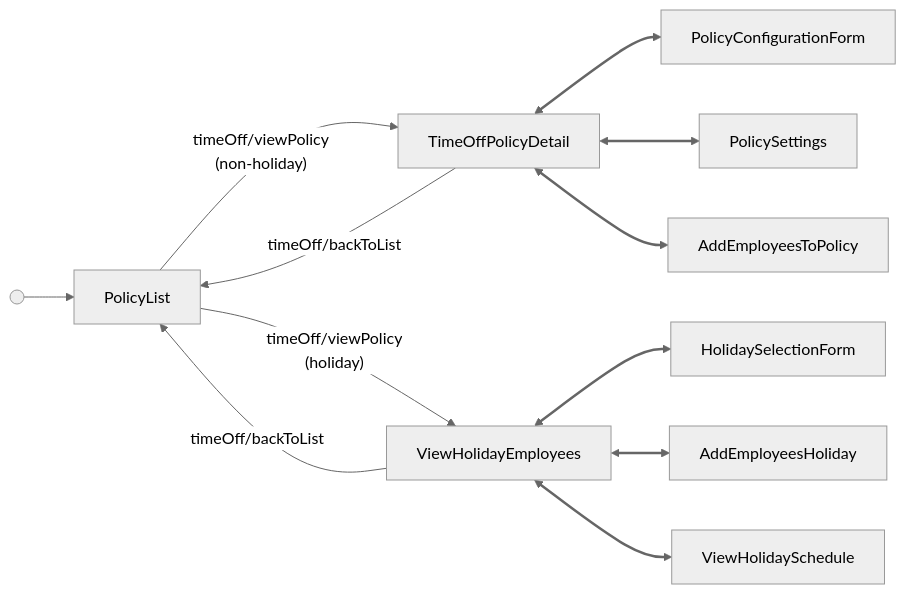
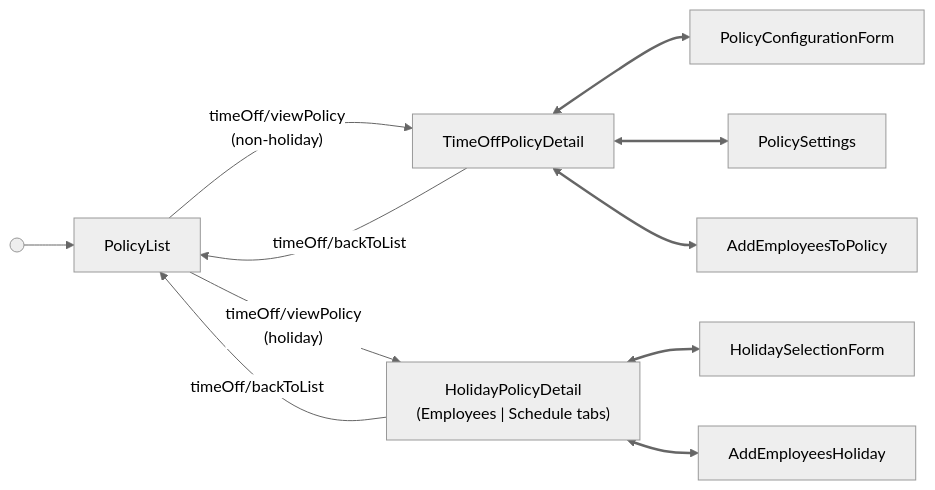
One commit to Gusto/embedded-react-sdk changed the second of 2 diagrams in docs/reference/time-off/time-off-flow.md. Above: the diagram before and after it, drawn with Mermaid (neutral theme). The commit also changed other lines of this file and 1 other file, not shown here.

Commit message:
docs(SDK-1071): redraw Time Off holiday detail as one tabbed node
The "Manage an existing policy" diagram drew ViewHolidayEmployees and
ViewHolidaySchedule as two boxes joined by a bidirectional edge. They are the
same component (HolidayPolicyDetail) rendered with a different default tab, so
switching between them is a tab change within one view. Collapse them into a
single "HolidayPolicyDetail (Employees | Schedule tabs)" node and clarify the
prose; the real sub-form transitions (HolidaySelectionForm, AddEmployeesHoliday)
still branch off it. Non-holiday detail edges are unchanged.

````diff
--- a/docs/reference/time-off/time-off-flow.md
+++ b/docs/reference/time-off/time-off-flow.md
@@ -131,15 +131,14 @@
 ```mermaid
 flowchart LR
   start@{ shape: sm-circ } --> PolicyList["PolicyList"]
   PolicyList -->|"timeOff/viewPolicy<br/>(non-holiday)"| TimeOffPolicyDetail["TimeOffPolicyDetail"]
   TimeOffPolicyDetail <--> PolicyConfigurationForm["PolicyConfigurationForm"]
   TimeOffPolicyDetail <--> PolicySettings["PolicySettings"]
   TimeOffPolicyDetail <--> AddEmployeesToPolicy["AddEmployeesToPolicy"]
   TimeOffPolicyDetail -->|"timeOff/backToList"| PolicyList
-  PolicyList -->|"timeOff/viewPolicy<br/>(holiday)"| ViewHolidayEmployees["ViewHolidayEmployees"]
-  ViewHolidayEmployees <--> HolidaySelectionForm["HolidaySelectionForm"]
-  ViewHolidayEmployees <--> AddEmployeesHoliday["AddEmployeesHoliday"]
-  ViewHolidayEmployees <--> ViewHolidaySchedule["ViewHolidaySchedule"]
-  ViewHolidayEmployees -->|"timeOff/backToList"| PolicyList
-  linkStyle 2,3,4,7,8,9 stroke-width:2.5px
+  PolicyList -->|"timeOff/viewPolicy<br/>(holiday)"| HolidayPolicyDetail["HolidayPolicyDetail<br/>(Employees | Schedule tabs)"]
+  HolidayPolicyDetail <--> HolidaySelectionForm["HolidaySelectionForm"]
+  HolidayPolicyDetail <--> AddEmployeesHoliday["AddEmployeesHoliday"]
+  HolidayPolicyDetail -->|"timeOff/backToList"| PolicyList
+  linkStyle 2,3,4,7,8 stroke-width:2.5px
 ```
````
